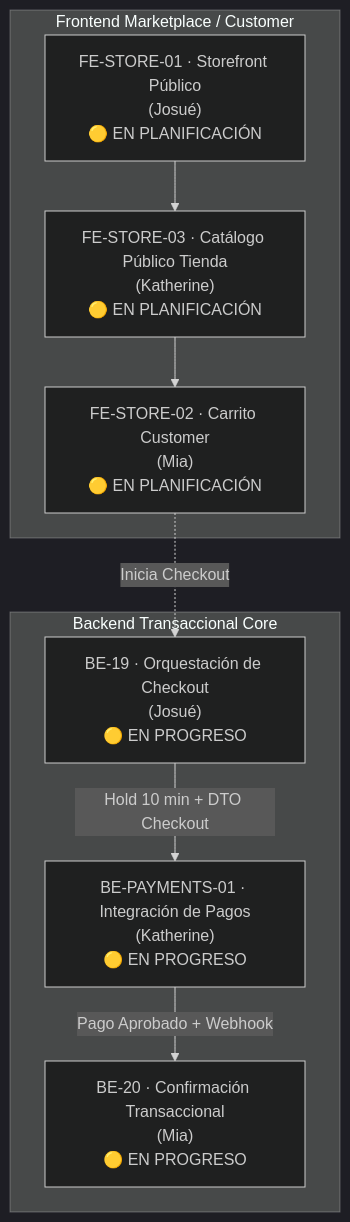
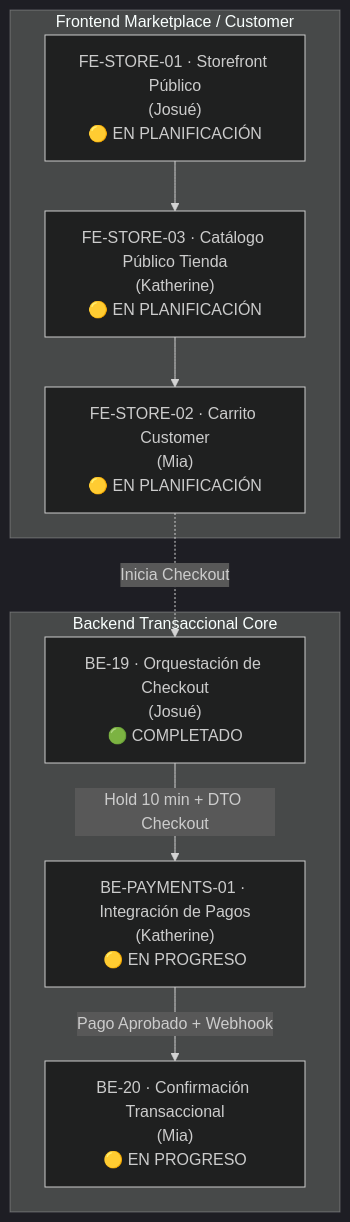
The diagram in docs/06-scrum/sprint-04.md (iJosueeh/jaldishop), drawn with Mermaid (dark theme) before and after one commit. The commit also changed other lines of this file and 15 other files, not shown here.

````diff
--- a/docs/06-scrum/sprint-04.md
+++ b/docs/06-scrum/sprint-04.md
@@ -40,21 +40,21 @@
 ```mermaid
 flowchart TD
     subgraph FRONTEND["Frontend Marketplace / Customer"]
         FESTORE01["FE-STORE-01 · Storefront Público<br/>(Josué)<br/>🟡 EN PLANIFICACIÓN"]
         FESTORE03["FE-STORE-03 · Catálogo Público Tienda<br/>(Katherine)<br/>🟡 EN PLANIFICACIÓN"]
         FESTORE02["FE-STORE-02 · Carrito Customer<br/>(Mia)<br/>🟡 EN PLANIFICACIÓN"]
         FESTORE01 --> FESTORE03
         FESTORE03 --> FESTORE02
     end
 
     subgraph BACKEND_TRANSACCIONAL["Backend Transaccional Core"]
-        BE19["BE-19 · Orquestación de Checkout<br/>(Josué)<br/>🟡 EN PROGRESO"]
+        BE19["BE-19 · Orquestación de Checkout<br/>(Josué)<br/>🟢 COMPLETADO"]
         BEPAY01["BE-PAYMENTS-01 · Integración de Pagos<br/>(Katherine)<br/>🟡 EN PROGRESO"]
         BE20["BE-20 · Confirmación Transaccional<br/>(Mia)<br/>🟡 EN PROGRESO"]
         
         BE19 -->|Hold 10 min + DTO Checkout| BEPAY01
         BEPAY01 -->|Pago Aprobado + Webhook| BE20
     end
 
     FESTORE02 -. Inicia Checkout .-> BE19
 ```
````
